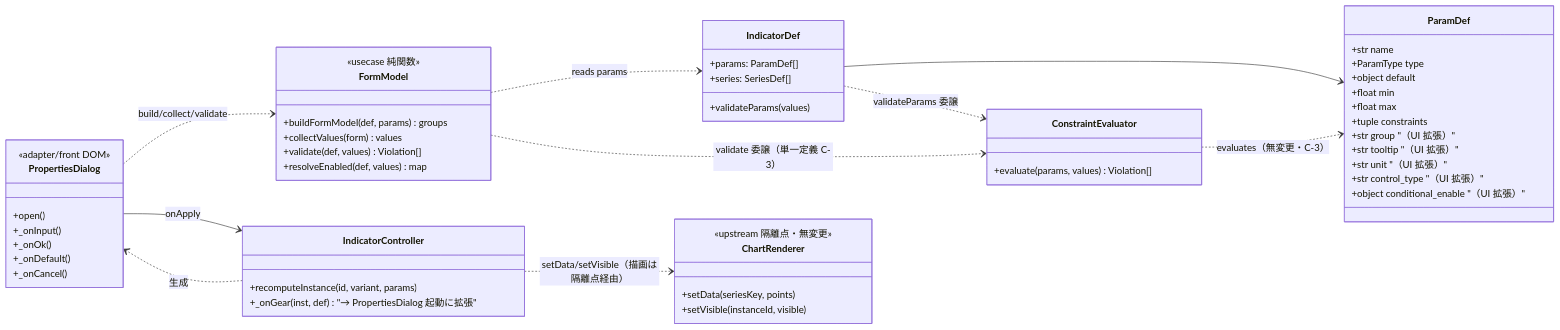
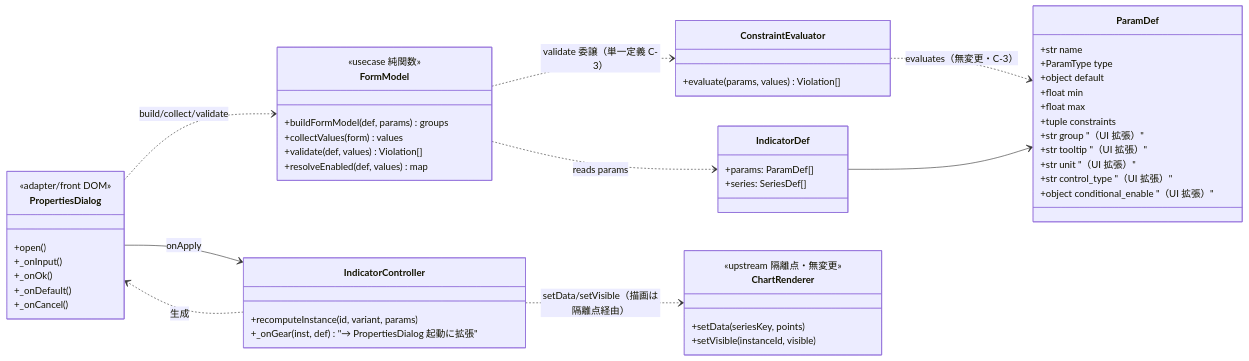
Before and after one commit to YSHK721/chart: the third of 3 diagrams in .doc/indicator-management-ui/内部設計_パラメータ設定ダイアログ.md, drawn with Mermaid. The commit also changed other lines of this file and 10 other files, not shown here.

````diff
--- a/.doc/indicator-management-ui/内部設計_パラメータ設定ダイアログ.md
+++ b/.doc/indicator-management-ui/内部設計_パラメータ設定ダイアログ.md
@@ -507,63 +507,61 @@
 ```mermaid
 classDiagram
   direction LR
 
   class ParamDef {
     +str name
     +ParamType type
     +object default
     +float min
     +float max
     +tuple constraints
     +str group "（UI 拡張）"
     +str tooltip "（UI 拡張）"
     +str unit "（UI 拡張）"
     +str control_type "（UI 拡張）"
     +object conditional_enable "（UI 拡張）"
   }
   class ConstraintEvaluator {
     +evaluate(params, values) Violation[]
   }
   class IndicatorDef {
     +params: ParamDef[]
     +series: SeriesDef[]
-    +validateParams(values)
   }
   ConstraintEvaluator ..> ParamDef : evaluates（無変更・C-3）
   IndicatorDef --> ParamDef
-  IndicatorDef ..> ConstraintEvaluator : validateParams 委譲
 
   class FormModel {
     <<usecase 純関数>>
     +buildFormModel(def, params) groups
     +collectValues(form) values
     +validate(def, values) Violation[]
     +resolveEnabled(def, values) map
   }
   FormModel ..> IndicatorDef : reads params
   FormModel ..> ConstraintEvaluator : validate 委譲（単一定義 C-3）
 
   class PropertiesDialog {
     <<adapter/front DOM>>
     +open()
     +_onInput()
     +_onOk()
     +_onDefault()
     +_onCancel()
   }
   PropertiesDialog ..> FormModel : build/collect/validate
   PropertiesDialog --> IndicatorController : onApply
 
   class IndicatorController {
     +recomputeInstance(id, variant, params)
     +_onGear(inst, def) "→ PropertiesDialog 起動に拡張"
   }
   IndicatorController ..> PropertiesDialog : 生成
   IndicatorController ..> ChartRenderer : setData/setVisible（描画は隔離点経由）
 
   class ChartRenderer {
     <<upstream 隔離点・無変更>>
     +setData(seriesKey, points)
     +setVisible(instanceId, visible)
   }
 ```
````
